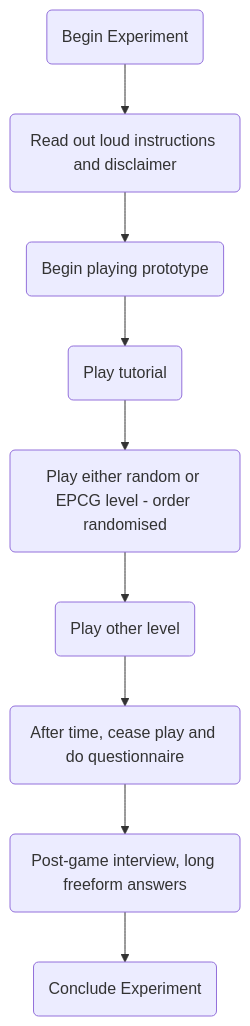
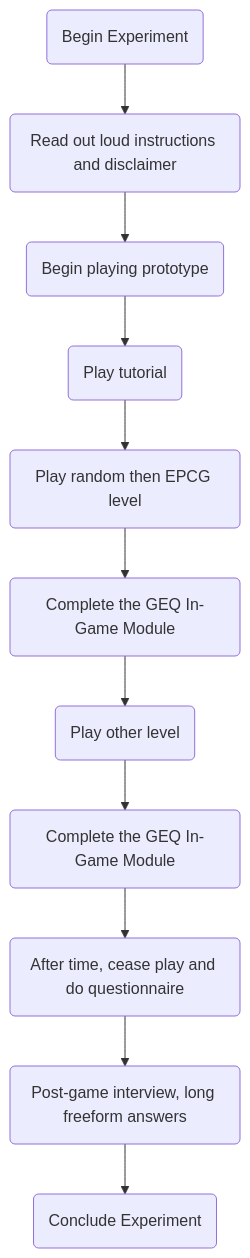
Before and after one commit to padraicheaton/bootstrapped: the diagram in Notebook/Notebook/Page 1.md, drawn with Mermaid. The commit also changed other lines of this file and 31 other files, not shown here.

````diff
--- a/Notebook/Notebook/Page 1.md
+++ b/Notebook/Notebook/Page 1.md
@@ -17,11 +28,13 @@
 ```mermaid
 flowchart TD
 	0(Begin Experiment)-->1(Read out loud instructions and disclaimer)
 	1-->2(Begin playing prototype)
 	2-->3(Play tutorial)
-	3-->4(Play either random or EPCG level - order randomised)
-	4-->5(Play other level)
-	5-->6(After time, cease play and do questionnaire)
-	6-->7(Post-game interview, long freeform answers)
-	7-->8(Conclude Experiment)
+	3-->4(Play random then EPCG level)
+	4-->5(Complete the GEQ In-Game Module)
+	5-->6(Play other level)
+	6-->7(Complete the GEQ In-Game Module)
+	7-->8(After time, cease play and do questionnaire)
+	8-->9(Post-game interview, long freeform answers)
+	9-->10(Conclude Experiment)
 ```
````
